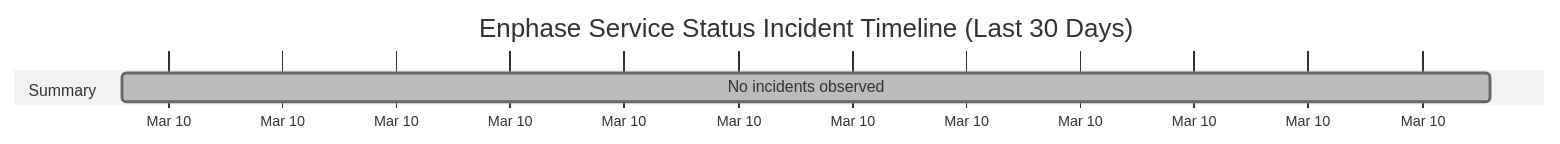
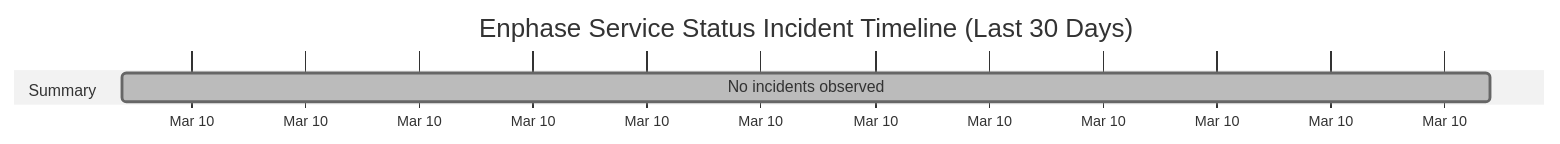
Before and after one commit to barneyonline/ha-enphase-ev-charger: the diagram in wiki/Service-Status-History.md, drawn with Mermaid (neutral theme). The commit also changed other lines of this file and 3 other files, not shown here.

````diff
--- a/wiki/Service-Status-History.md
+++ b/wiki/Service-Status-History.md
@@ -14,8 +14,8 @@
 ```mermaid
 gantt
     title Enphase Service Status Incident Timeline (Last 30 Days)
     dateFormat  YYYY-MM-DDTHH:mm:ss
     axisFormat  %b %d
     section Summary
-    No incidents observed :done, 2026-03-10T01:09:53, 1m
+    No incidents observed :done, 2026-03-10T04:00:32, 1m
 ```
````
